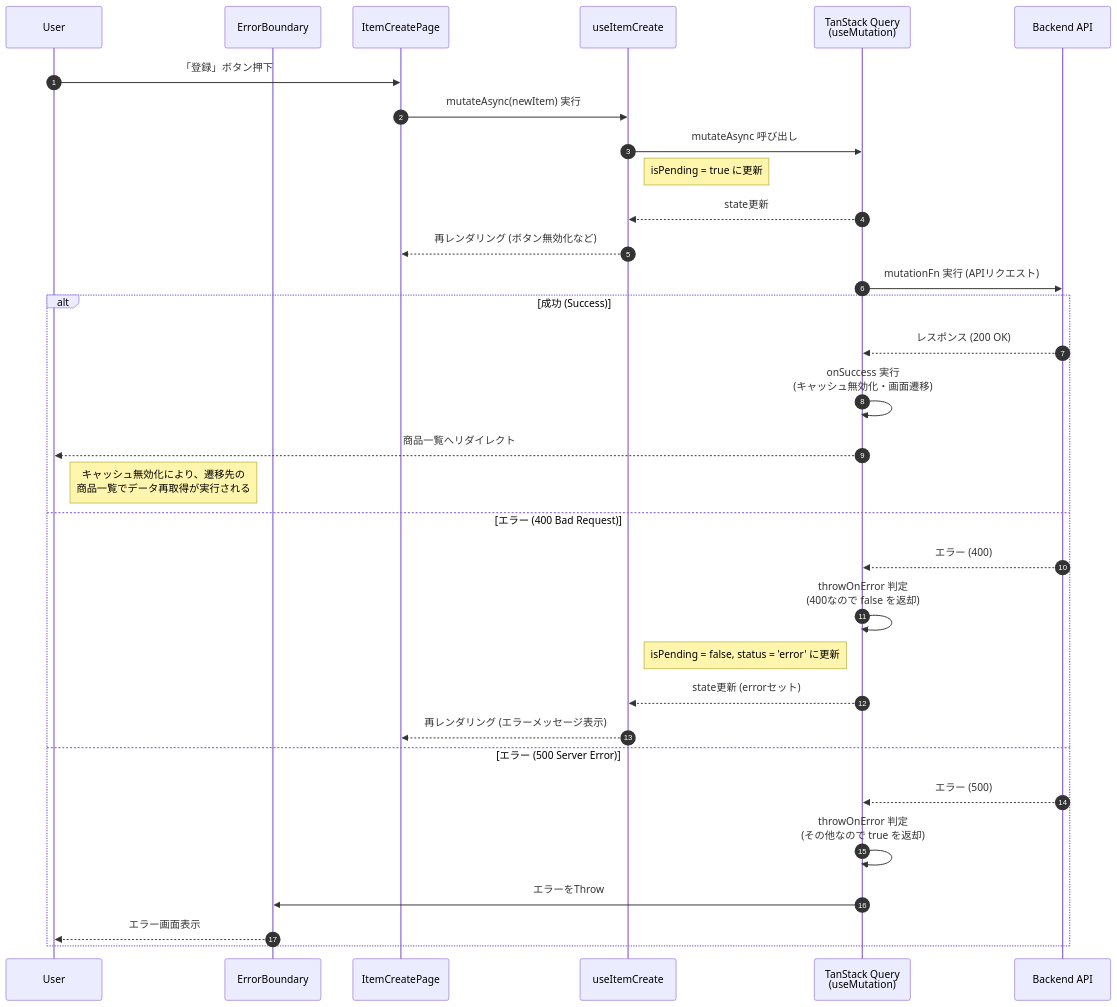
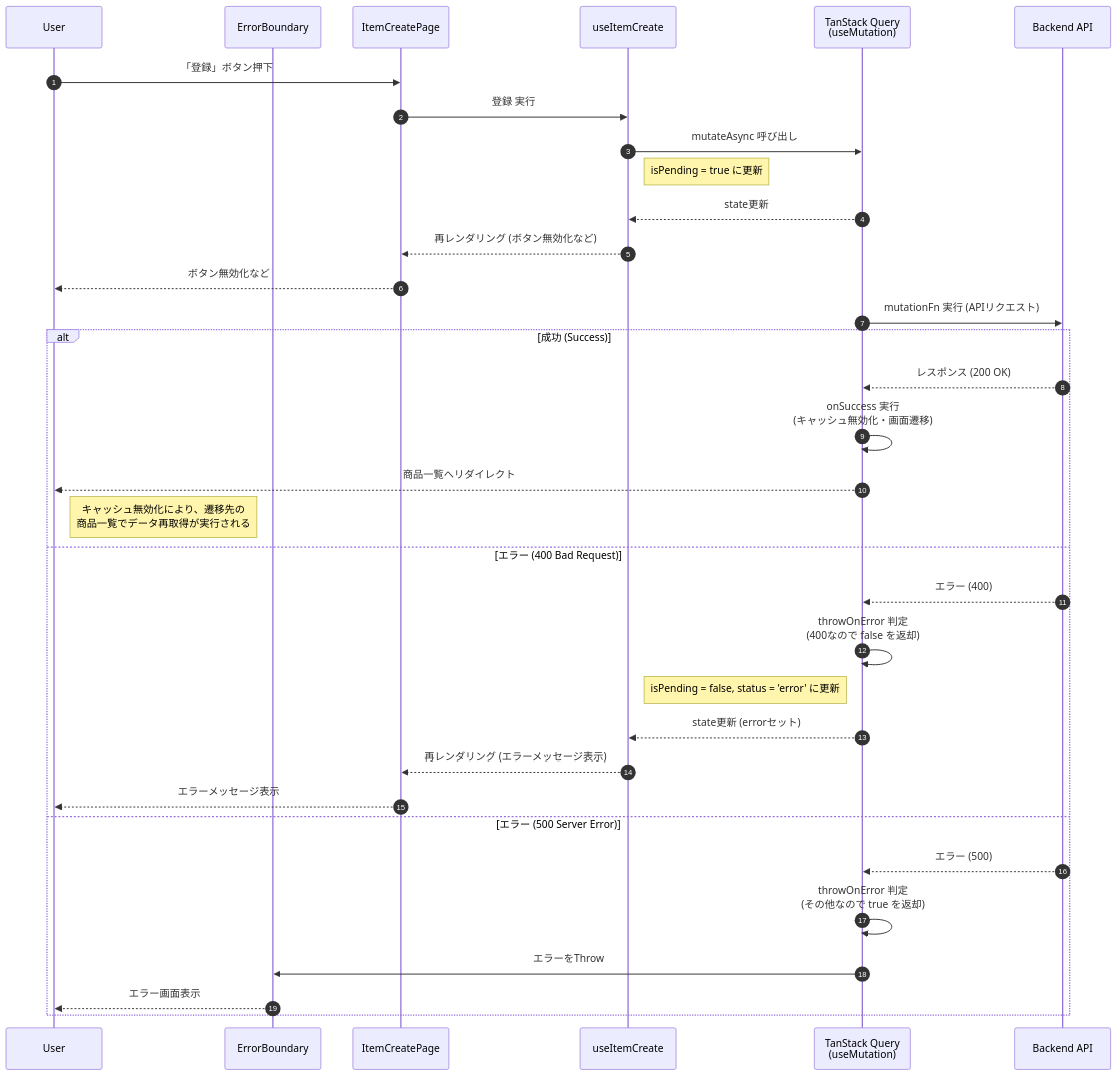
The fourth of 4 diagrams in docs/guide/7.TanstackQuery.md (daisuke0412/react-sample), drawn with Mermaid before and after one commit.

````diff
--- a/docs/guide/7.TanstackQuery.md
+++ b/docs/guide/7.TanstackQuery.md
@@ -828,36 +828,38 @@
 ```mermaid
 sequenceDiagram
   autonumber
   participant User
   participant EB as ErrorBoundary
   participant Component as ItemCreatePage
   participant Hook as useItemCreate
   participant TQ as TanStack Query<br>(useMutation)
   participant API as Backend API
 
   User->>Component: 「登録」ボタン押下
-  Component->>Hook: mutateAsync(newItem) 実行
+  Component->>Hook: 登録 実行
   Hook->>TQ: mutateAsync 呼び出し
   note right of Hook: isPending = true に更新
   TQ-->>Hook: state更新
   Hook-->>Component: 再レンダリング (ボタン無効化など)
+  Component-->>User: ボタン無効化など
   TQ->>API: mutationFn 実行 (APIリクエスト)
   alt 成功 (Success)
     API-->>TQ: レスポンス (200 OK)
     TQ->>TQ: onSuccess 実行<br>(キャッシュ無効化・画面遷移)
     TQ-->>User: 商品一覧へリダイレクト
     note right of User: キャッシュ無効化により、遷移先の<br>商品一覧でデータ再取得が実行される
     
   else エラー (400 Bad Request)
     API-->>TQ: エラー (400)
     TQ->>TQ: throwOnError 判定<br>(400なので false を返却)
     note right of Hook: isPending = false, status = 'error' に更新
     TQ-->>Hook: state更新 (errorセット)
     Hook-->>Component: 再レンダリング (エラーメッセージ表示)
+    Component-->>User: エラーメッセージ表示
   else エラー (500 Server Error)
     API-->>TQ: エラー (500)
     TQ->>TQ: throwOnError 判定<br>(その他なので true を返却)
     TQ->>EB: エラーをThrow
     EB-->>User: エラー画面表示
   end
 ```
````
